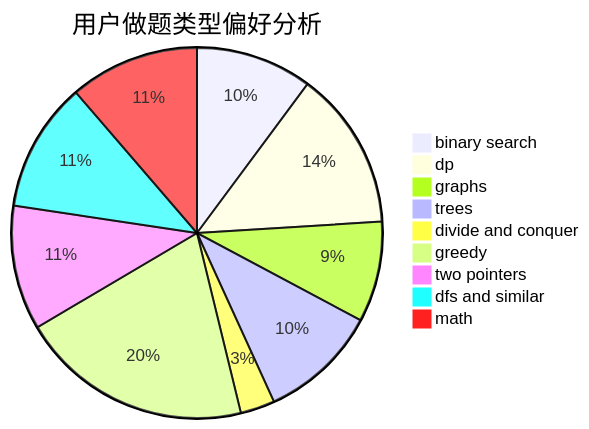
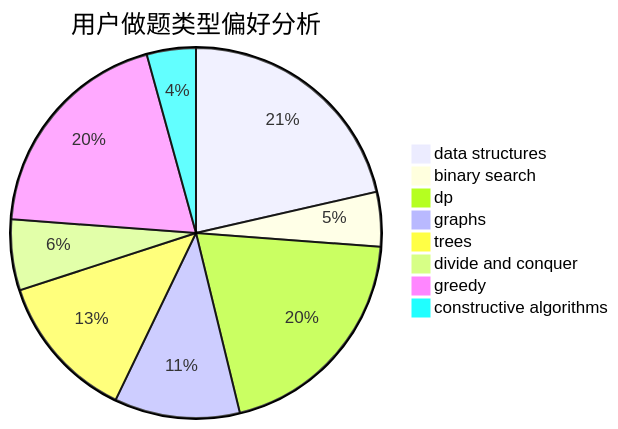
One commit to sherpahu/cfrs.github.io changed the second of 3 diagrams in docs/user/u899.md. Above: the diagram before and after it, drawn with Mermaid. The commit also changed other lines of this file and 2775 other files, not shown here.

````diff
--- a/docs/user/u899.md
+++ b/docs/user/u899.md
@@ -23,12 +23,11 @@
 ```mermaid
 pie title 用户做题类型偏好分析
-    "binary search" :  44
-    "dp" :  60
-    "graphs" :  38
-    "trees" :  45
+    "data structures" :  45
+    "binary search" :  10
+    "dp" :  42
+    "graphs" :  23
+    "trees" :  27
     "divide and conquer" :  13
-    "greedy" :  88
-    "two pointers" :  47
-    "dfs and similar" :  49
-    "math" :  49
+    "greedy" :  41
+    "constructive algorithms" :  9
 ```
````
